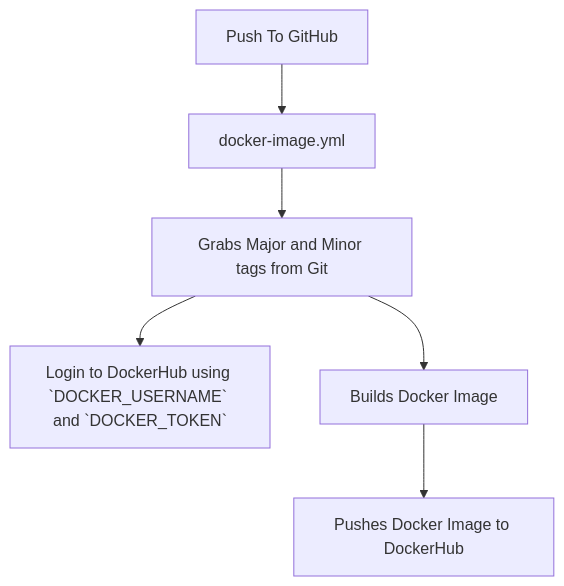
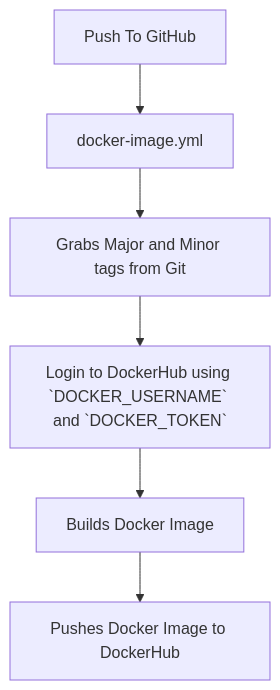
The diagram in README-CI.md (WSU-kduncan/cicdf25-AMcGohan), drawn with Mermaid before and after one commit.

Commit message:
fixed C to D

````diff
--- a/README-CI.md
+++ b/README-CI.md
@@ -68,8 +68,8 @@
 ```mermaid
 graph TD;
   A[Push To GitHub]-->B[docker-image.yml];
   B-->C[Grabs Major and Minor tags from Git];
   C-->D[Login to DockerHub using `DOCKER_USERNAME` and `DOCKER_TOKEN`];
-  C-->E[Builds Docker Image];
+  D-->E[Builds Docker Image];
   E-->F[Pushes Docker Image to DockerHub];
 ```
````
